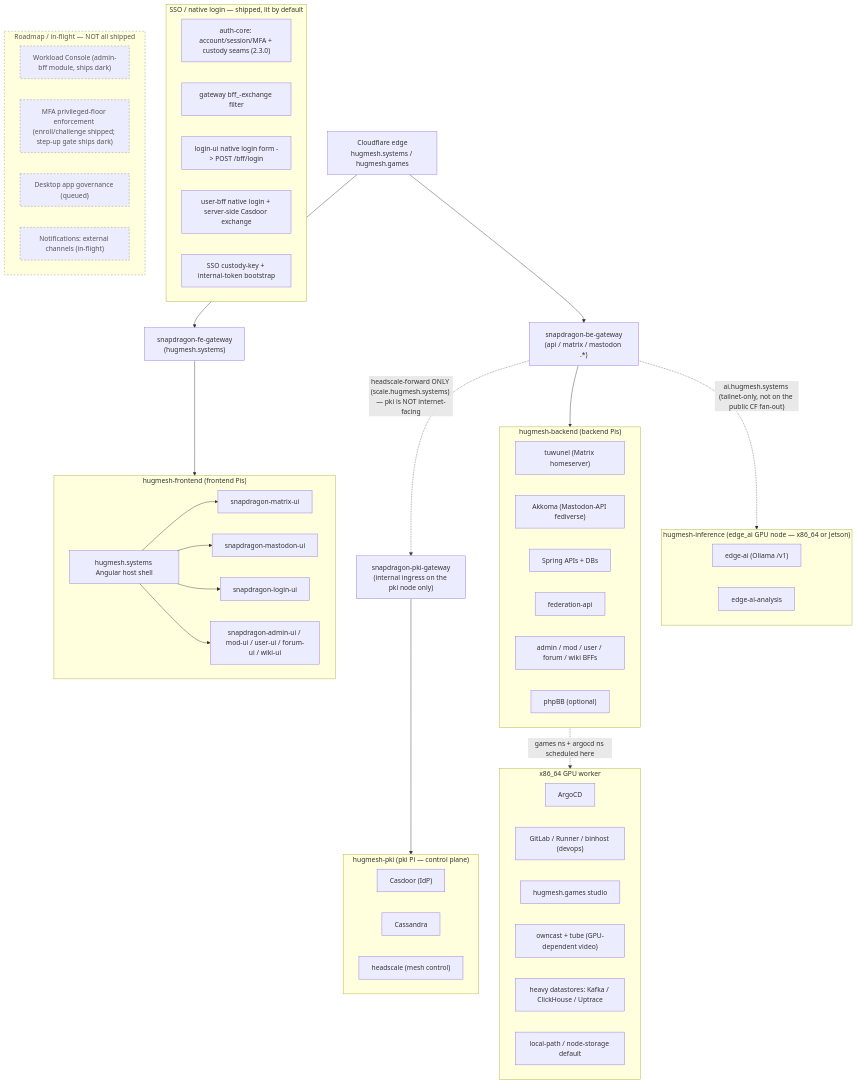
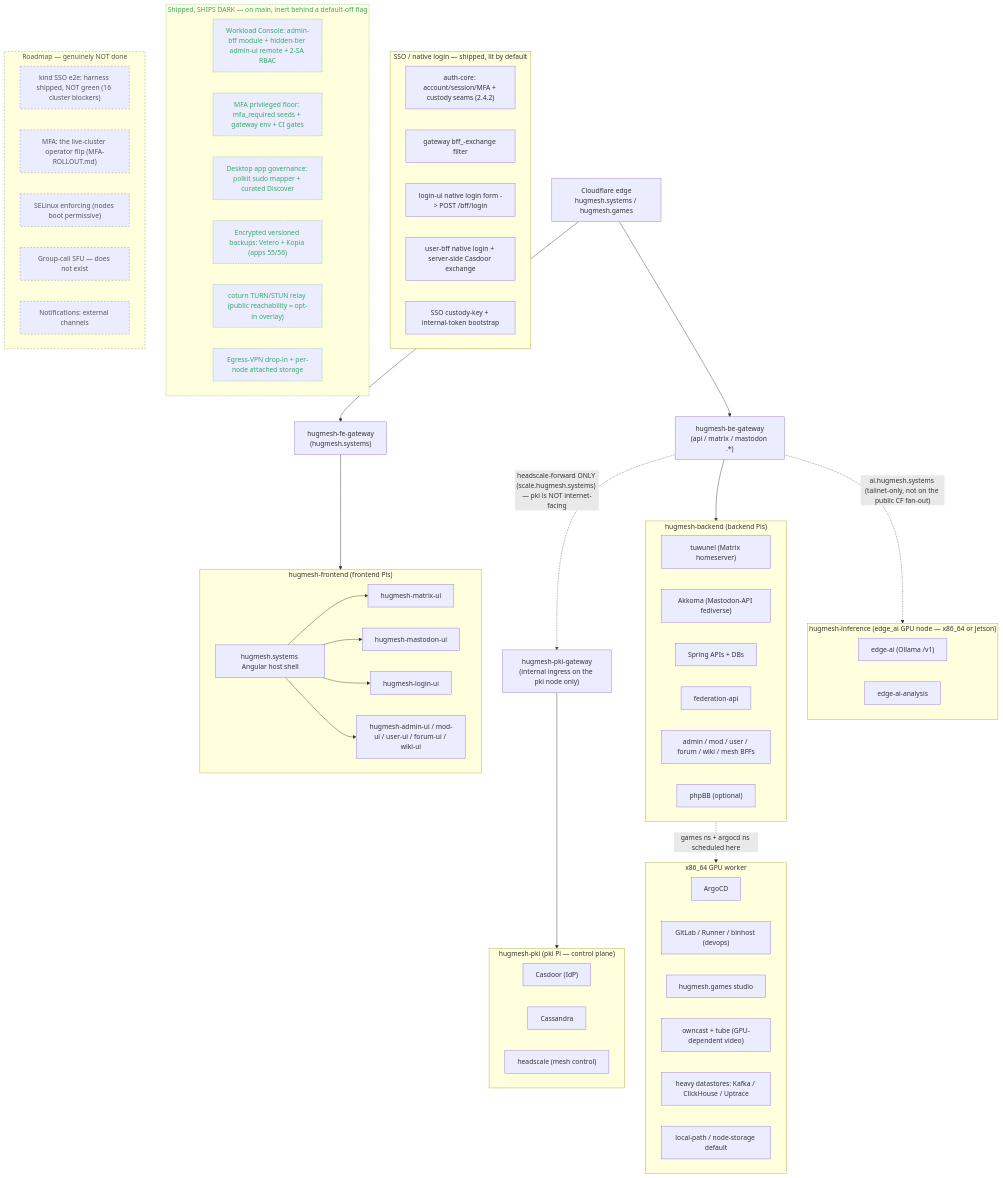
Before and after one commit to hugmesh/hugmesh-generator: the first of 2 diagrams in docs/ARCHITECTURE.md, drawn with Mermaid. The commit also changed other lines of this file and 2 other files, not shown here.

````diff
--- a/docs/ARCHITECTURE.md
+++ b/docs/ARCHITECTURE.md
@@ -25,68 +25,80 @@
 ```mermaid
 flowchart TD
     CF["Cloudflare edge<br/>hugmesh.systems / hugmesh.games"]
-    CF --> FEGW["snapdragon-fe-gateway<br/>(hugmesh.systems)"]
-    CF --> BEGW["snapdragon-be-gateway<br/>(api / matrix / mastodon .*)"]
+    CF --> FEGW["hugmesh-fe-gateway<br/>(hugmesh.systems)"]
+    CF --> BEGW["hugmesh-be-gateway<br/>(api / matrix / mastodon .*)"]
 
     subgraph FE["hugmesh-frontend (frontend Pis)"]
         HOST["hugmesh.systems Angular host shell"]
-        HOST --> MUI["snapdragon-matrix-ui"]
-        HOST --> MASTUI["snapdragon-mastodon-ui"]
-        HOST --> LOGINUI["snapdragon-login-ui"]
-        HOST --> ADMINUI["snapdragon-admin-ui / mod-ui / user-ui / forum-ui / wiki-ui"]
+        HOST --> MUI["hugmesh-matrix-ui"]
+        HOST --> MASTUI["hugmesh-mastodon-ui"]
+        HOST --> LOGINUI["hugmesh-login-ui"]
+        HOST --> ADMINUI["hugmesh-admin-ui / mod-ui / user-ui / forum-ui / wiki-ui"]
     end
 
     subgraph BE["hugmesh-backend (backend Pis)"]
         TUW["tuwunel (Matrix homeserver)"]
         AKK["Akkoma (Mastodon-API fediverse)"]
         APIS["Spring APIs + DBs"]
         FEDAPI["federation-api"]
-        BFFS["admin / mod / user / forum / wiki BFFs"]
+        BFFS["admin / mod / user / forum / wiki / mesh BFFs"]
         PHPBB["phpBB (optional)"]
     end
 
     subgraph PKI["hugmesh-pki (pki Pi — control plane)"]
         CAS["Casdoor (IdP)"]
         CASS["Cassandra"]
         HS["headscale (mesh control)"]
     end
 
     subgraph INFER["hugmesh-inference (edge_ai GPU node — x86_64 or Jetson)"]
         EDGEAI["edge-ai (Ollama /v1)"]
         EDGEAIAN["edge-ai-analysis"]
     end
 
     subgraph X86["x86_64 GPU worker"]
         ARGO["ArgoCD"]
         DEVOPS["GitLab / Runner / binhost (devops)"]
         GAMES["hugmesh.games studio"]
         VIDEO["owncast + tube (GPU-dependent video)"]
         HEAVY["heavy datastores: Kafka / ClickHouse / Uptrace"]
         STORE["local-path / node-storage default"]
     end
 
     FEGW --> FE
     BEGW --> BE
     BE -. "games ns + argocd ns scheduled here" .-> X86
     BEGW -. "ai.hugmesh.systems (tailnet-only, not on the public CF fan-out)" .-> INFER
-    BEGW -. "headscale-forward ONLY (scale.hugmesh.systems) — pki is NOT internet-facing" .-> PKIGW["snapdragon-pki-gateway<br/>(internal ingress on the pki node only)"]
+    BEGW -. "headscale-forward ONLY (scale.hugmesh.systems) — pki is NOT internet-facing" .-> PKIGW["hugmesh-pki-gateway<br/>(internal ingress on the pki node only)"]
     PKIGW --> PKI
 
     subgraph SSO["SSO / native login — shipped, lit by default"]
-        AUTHCORE["auth-core: account/session/MFA + custody seams (2.3.0)"]
+        AUTHCORE["auth-core: account/session/MFA + custody seams (2.4.2)"]
         GWEXCH["gateway bff_-exchange filter"]
         LOGINOIDC["login-ui native login form -> POST /bff/login"]
         UBRELOC["user-bff native login + server-side Casdoor exchange"]
         CUSTKEY["SSO custody-key + internal-token bootstrap"]
     end
 
-    subgraph ROADMAP["Roadmap / in-flight — NOT all shipped"]
-        WC["Workload Console (admin-bff module, ships dark)"]
-        MFA["MFA privileged-floor enforcement (enroll/challenge shipped; step-up gate ships dark)"]
-        DESKGOV["Desktop app governance (queued)"]
-        NOTIFY["Notifications: external channels (in-flight)"]
+    subgraph DARK["Shipped, SHIPS DARK — on main, inert behind a default-off flag"]
+        WC["Workload Console: admin-bff module + hidden-tier admin-ui remote + 2-SA RBAC"]
+        MFAFLOOR["MFA privileged floor: mfa_required seeds + gateway env + CI gates"]
+        DESKGOV["Desktop app governance: polkit sudo mapper + curated Discover"]
+        BACKUPS["Encrypted versioned backups: Velero + Kopia (apps 55/56)"]
+        TURN["coturn TURN/STUN relay (public reachability = opt-in overlay)"]
+        EGRESS["Egress-VPN drop-in + per-node attached storage"]
     end
 
+    subgraph ROADMAP["Roadmap — genuinely NOT done"]
+        KINDE2E["kind SSO e2e: harness shipped, NOT green (16 cluster blockers)"]
+        MFAFLIP["MFA: the live-cluster operator flip (MFA-ROLLOUT.md)"]
+        ENFORCE["SELinux enforcing (nodes boot permissive)"]
+        SFU["Group-call SFU — does not exist"]
+        NOTIFY["Notifications: external channels"]
+    end
+
+    classDef dark stroke-dasharray:2,stroke:#4a7,color:#3a6;
     classDef planned stroke-dasharray:4,stroke:#888,color:#555;
-    class ROADMAP,WC,MFA,DESKGOV,NOTIFY planned;
+    class DARK,WC,MFAFLOOR,DESKGOV,BACKUPS,TURN,EGRESS dark;
+    class ROADMAP,KINDE2E,MFAFLIP,ENFORCE,SFU,NOTIFY planned;
 ```
````
